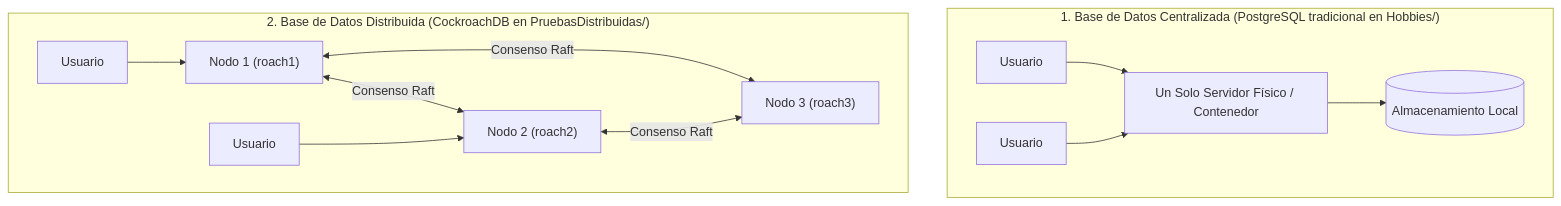
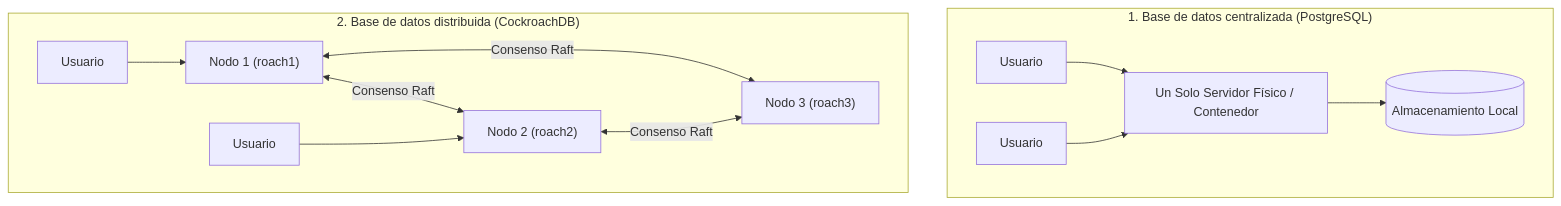
One commit to Jhojan98/DistribuidasTaller1 changed the first of 2 diagrams in README.md. Above: the diagram before and after it, drawn with Mermaid. The commit also changed other lines of this file and 12 other files, not shown here.

````diff
--- a/README.md
+++ b/README.md
@@ -48,21 +53,21 @@
 ```mermaid
 flowchart TD
-    subgraph Centralizada ["1. Base de Datos Centralizada (PostgreSQL tradicional en Hobbies/)"]
+    subgraph Centralizada ["1. Base de datos centralizada (PostgreSQL)"]
         Srv["Un Solo Servidor Físico / Contenedor"]
         DB[(Almacenamiento Local)]
         Srv --> DB
         Client1["Usuario"] --> Srv
         Client2["Usuario"] --> Srv
     end
 
-    subgraph Distribuida ["2. Base de Datos Distribuida (CockroachDB en PruebasDistribuidas/)"]
+    subgraph Distribuida ["2. Base de datos distribuida (CockroachDB)"]
         N1["Nodo 1 (roach1)"]
         N2["Nodo 2 (roach2)"]
         N3["Nodo 3 (roach3)"]
         N1 <-->|Consenso Raft| N2
         N2 <-->|Consenso Raft| N3
         N3 <-->|Consenso Raft| N1
         UserA["Usuario"] --> N1
         UserB["Usuario"] --> N2
     end
 ```
````
